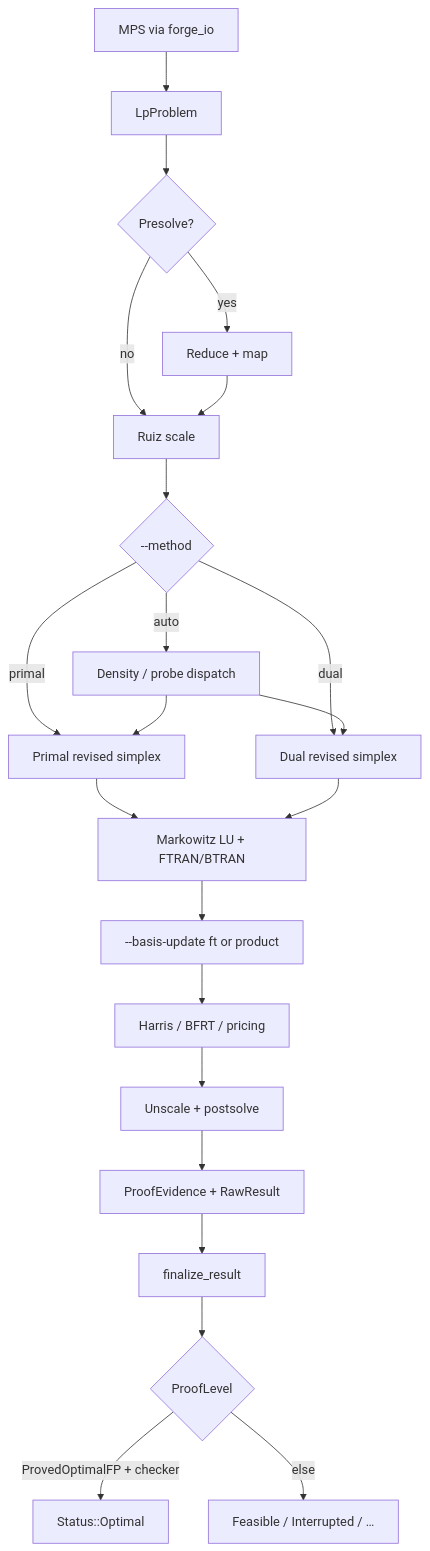
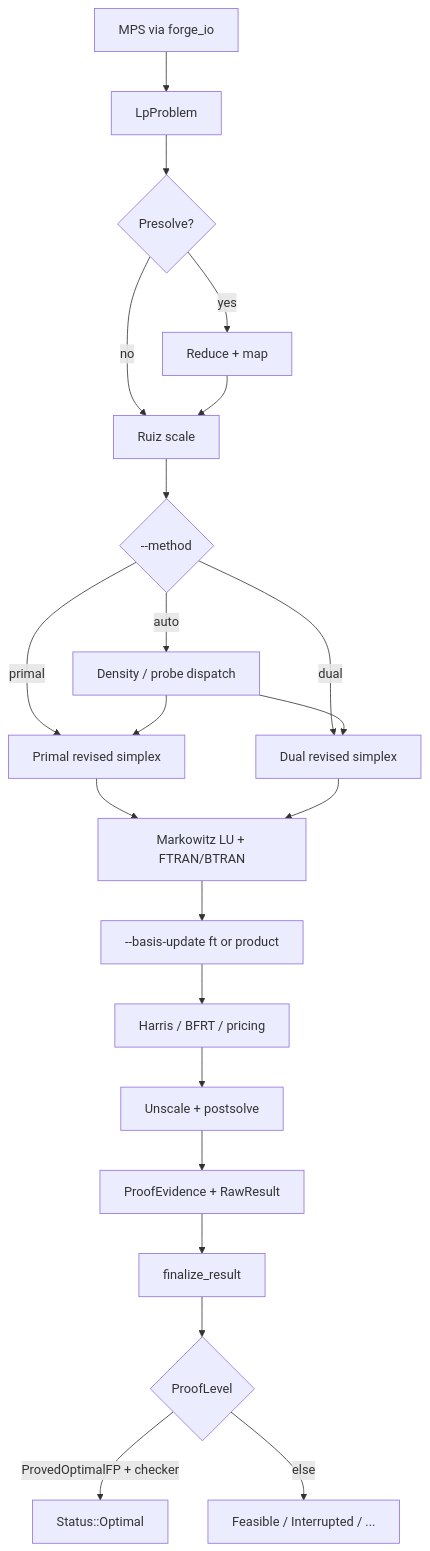
The second of 5 diagrams in docs/architecture.md (YashSuthar983/Forge), drawn with Mermaid before and after one commit. The commit also changed other lines of this file and 131 other files, not shown here.

````diff
--- a/docs/architecture.md
+++ b/docs/architecture.md
@@ -140,24 +140,24 @@
 ```mermaid
 flowchart TD
   A[MPS via forge_io] --> B[LpProblem]
   B --> C{Presolve?}
   C -->|yes| D[Reduce + map]
   C -->|no| E[Ruiz scale]
   D --> E
   E --> F{--method}
   F -->|auto| G[Density / probe dispatch]
   F -->|primal| H[Primal revised simplex]
   F -->|dual| I[Dual revised simplex]
   G --> H
   G --> I
   H --> J[Markowitz LU + FTRAN/BTRAN]
   I --> J
   J --> K[--basis-update ft or product]
   K --> L[Harris / BFRT / pricing]
   L --> M[Unscale + postsolve]
   M --> N[ProofEvidence + RawResult]
   N --> O[finalize_result]
   O --> P{ProofLevel}
   P -->|ProvedOptimalFP + checker| Q[Status::Optimal]
-  P -->|else| R[Feasible / Interrupted / …]
+  P -->|else| R[Feasible / Interrupted / ...]
 ```
````
